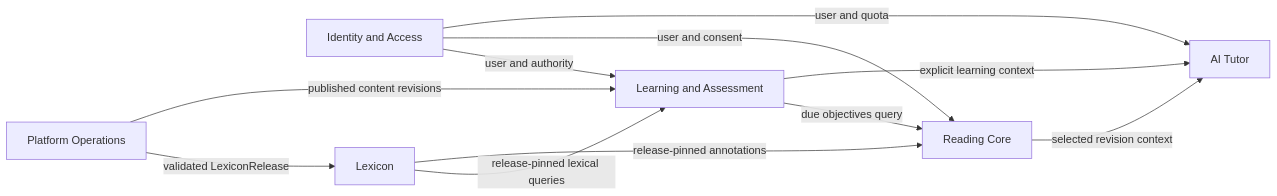
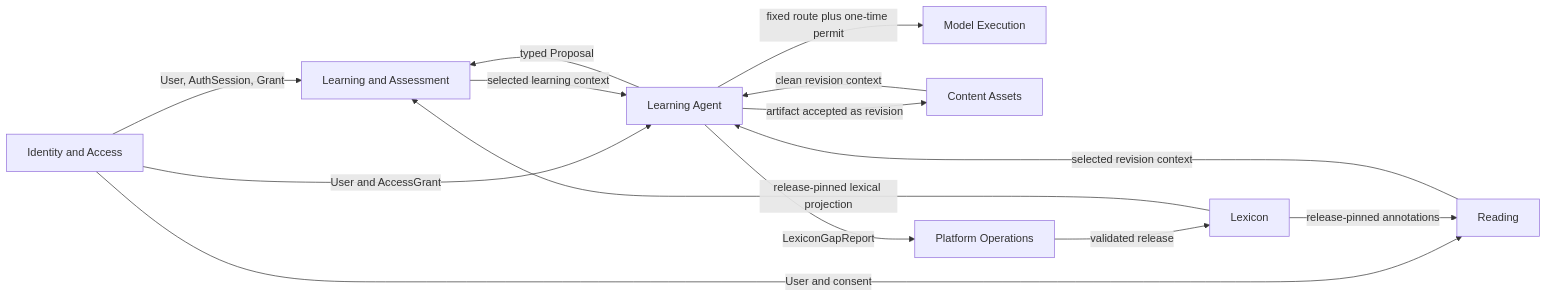
One commit to yinmingdi/sylis changed the diagram in docs/overview/refactor/architecture/bounded-contexts.md. Above: the diagram before and after it, drawn with Mermaid. The commit also changed other lines of this file and 1856 other files, not shown here.

Commit message:
refactor: rebuild Sylis platform architecture

````diff
--- a/docs/overview/refactor/architecture/bounded-contexts.md
+++ b/docs/overview/refactor/architecture/bounded-contexts.md
@@ -11,20 +5,25 @@
 ```mermaid
 flowchart LR
   ID[Identity and Access]
   LX[Lexicon]
   LA[Learning and Assessment]
-  RD[Reading Core]
-  AI[AI Tutor]
+  RD[Reading]
+  AG[Learning Agent]
+  MX[Model Execution]
+  CA[Content Assets]
   OP[Platform Operations]
 
-  ID -->|user and authority| LA
-  ID -->|user and consent| RD
-  ID -->|user and quota| AI
-  LX -->|release-pinned lexical queries| LA
+  ID -->|User, AuthSession, Grant| LA
+  ID -->|User and consent| RD
+  ID -->|User and AccessGrant| AG
+  LX -->|release-pinned lexical projection| LA
   LX -->|release-pinned annotations| RD
-  LA -->|due objectives query| RD
-  LA -->|explicit learning context| AI
-  RD -->|selected revision context| AI
-  OP -->|validated LexiconRelease| LX
-  OP -->|published content revisions| LA
+  LA -->|selected learning context| AG
+  RD -->|selected revision context| AG
+  AG -->|fixed route plus one-time permit| MX
+  CA -->|clean revision context| AG
+  AG -->|artifact accepted as revision| CA
+  AG -->|typed Proposal| LA
+  AG -->|LexiconGapReport| OP
+  OP -->|validated release| LX
 ```
````
